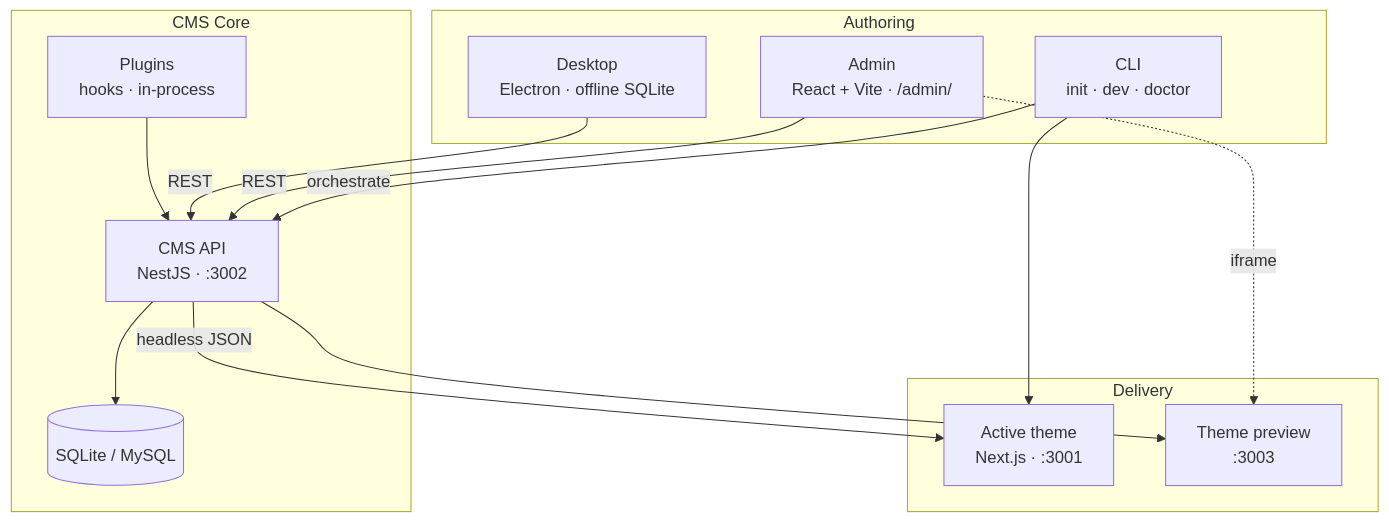
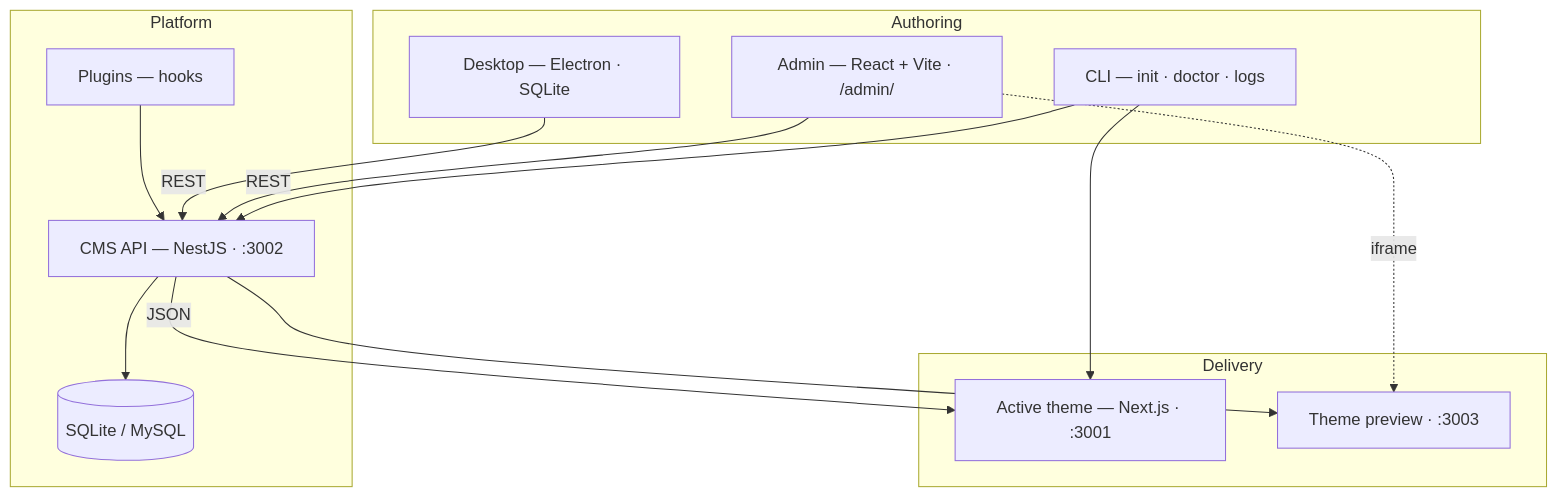
One commit to fecommunity/reactpress changed the diagram in README.md. Above: the diagram before and after it, drawn with Mermaid. The commit also changed other lines of this file and 1 other file, not shown here.

````diff
--- a/README.md
+++ b/README.md
@@ -207,29 +197,29 @@
 ```mermaid
 flowchart TB
   subgraph Authoring["Authoring"]
-    CLI["CLI<br/>init · dev · doctor"]
-    Admin["Admin<br/>React + Vite · /admin/"]
-    Desktop["Desktop<br/>Electron · offline SQLite"]
+    CLI["CLI — init · doctor · logs"]
+    Admin["Admin — React + Vite · /admin/"]
+    Desktop["Desktop — Electron · SQLite"]
   end
 
-  subgraph Core["CMS Core"]
-    API["CMS API<br/>NestJS · :3002"]
-    Plugins["Plugins<br/>hooks · in-process"]
+  subgraph Core["Platform"]
+    API["CMS API — NestJS · :3002"]
+    Plugins["Plugins — hooks"]
     DB[("SQLite / MySQL")]
   end
 
   subgraph Delivery["Delivery"]
-    Theme["Active theme<br/>Next.js · :3001"]
-    Preview["Theme preview<br/>:3003"]
+    Theme["Active theme — Next.js · :3001"]
+    Preview["Theme preview · :3003"]
   end
 
-  CLI -->|"orchestrate"| API
+  CLI --> API
   CLI --> Theme
-  Admin -->|"REST"| API
-  Desktop -->|"REST"| API
+  Admin -->|REST| API
+  Desktop -->|REST| API
   Plugins --> API
   API --> DB
-  API -->|"headless JSON"| Theme
+  API -->|JSON| Theme
   API --> Preview
-  Admin -.->|"iframe"| Preview
+  Admin -.->|iframe| Preview
 ```
````
